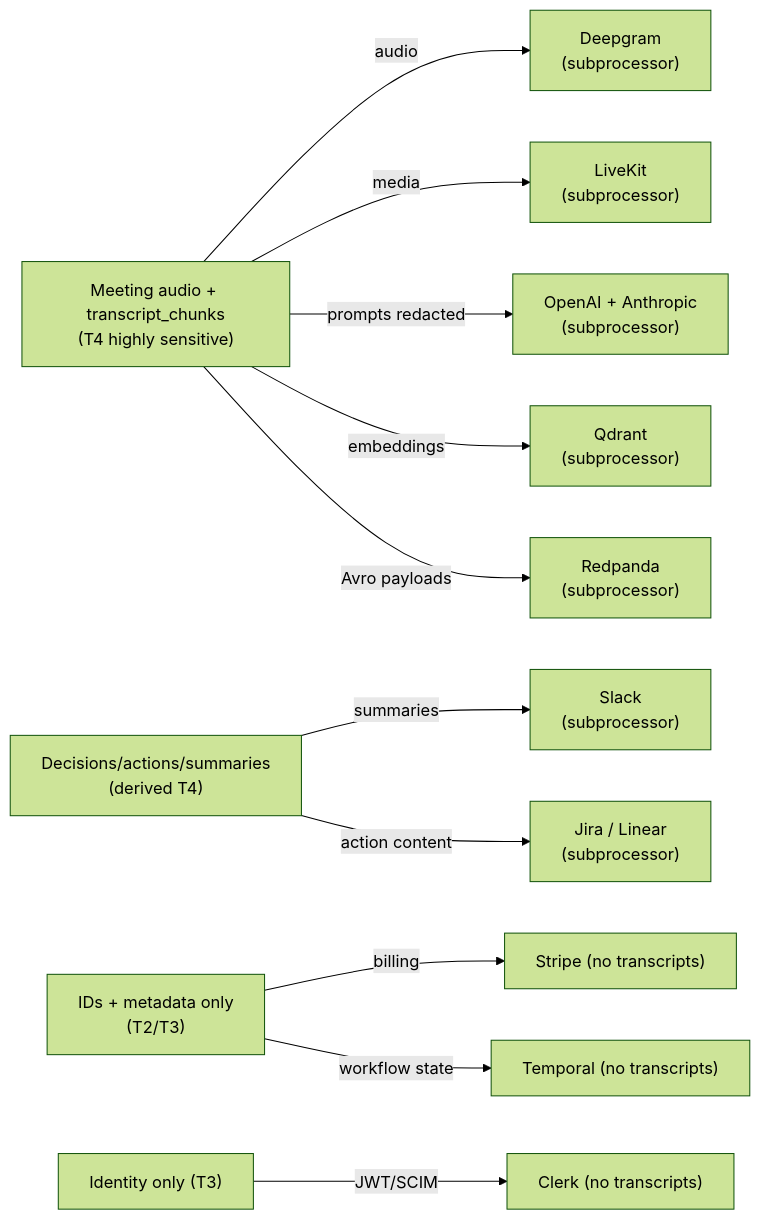
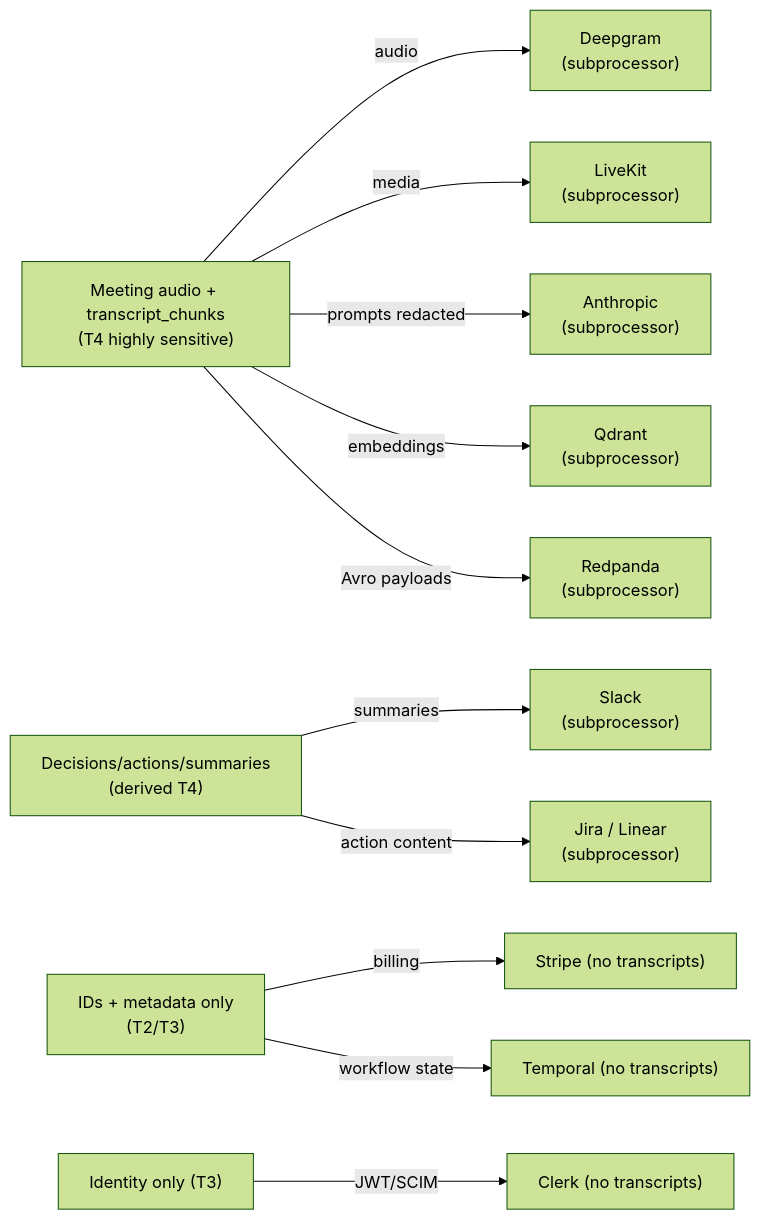
The fourth of 5 diagrams in 02-system-context.md (Mytheus-AI/mytheus-docs), drawn with Mermaid (forest theme) before and after one commit. The commit also changed other lines of this file and 23 other files, not shown here.

Commit message:
docs(llm): Anthropic-only provider decision with Haiku 5.5 fast tier (ADR-0027)

````diff
--- a/02-system-context.md
+++ b/02-system-context.md
@@ -224,14 +224,14 @@
 ```mermaid
 flowchart LR
   TX["Meeting audio + transcript_chunks<br/>(T4 highly sensitive)"]
   TX -->|audio| DG["Deepgram<br/>(subprocessor)"]
   TX -->|media| LK["LiveKit<br/>(subprocessor)"]
-  TX -->|prompts redacted| LLM["OpenAI + Anthropic<br/>(subprocessor)"]
+  TX -->|prompts redacted| LLM["Anthropic<br/>(subprocessor)"]
   TX -->|embeddings| QD["Qdrant<br/>(subprocessor)"]
   TX -->|Avro payloads| RP["Redpanda<br/>(subprocessor)"]
   SUM["Decisions/actions/summaries<br/>(derived T4)"] -->|summaries| SL["Slack<br/>(subprocessor)"]
   SUM -->|action content| PM["Jira / Linear<br/>(subprocessor)"]
   META["IDs + metadata only<br/>(T2/T3)"] -->|billing| ST["Stripe (no transcripts)"]
   META -->|workflow state| TC["Temporal (no transcripts)"]
   IDN["Identity only (T3)"] -->|JWT/SCIM| CK["Clerk (no transcripts)"]
 ```
````
